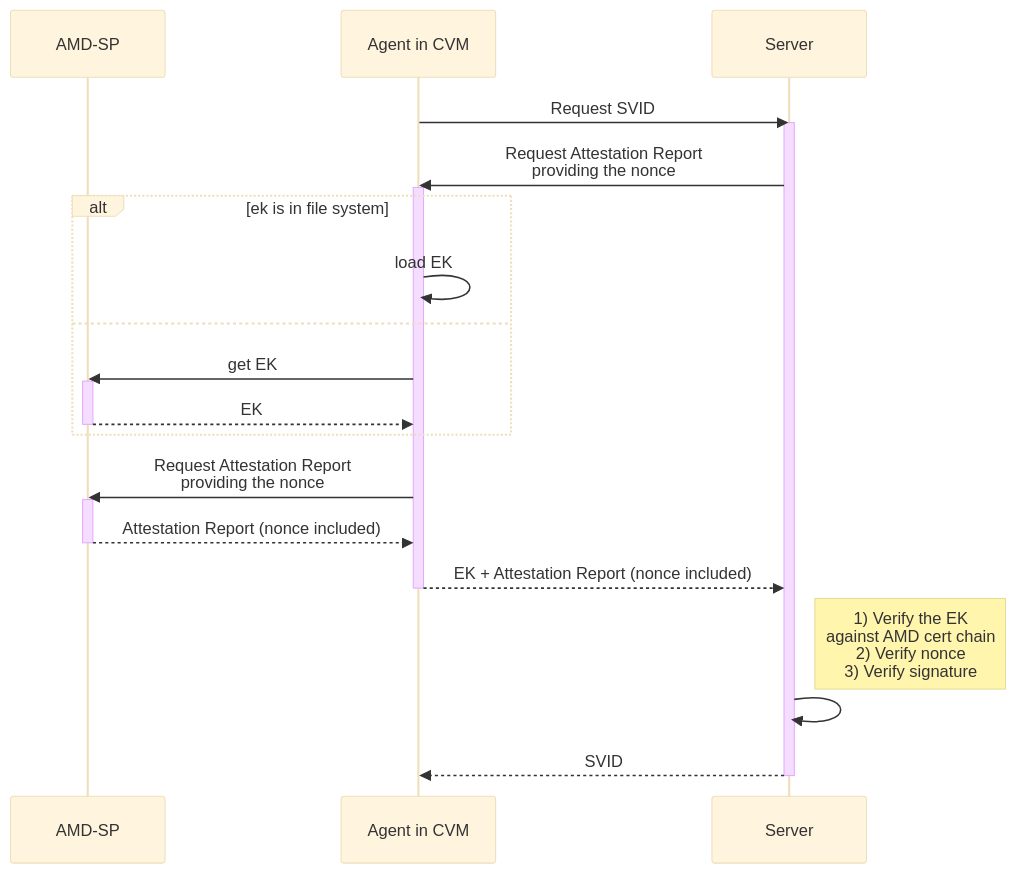
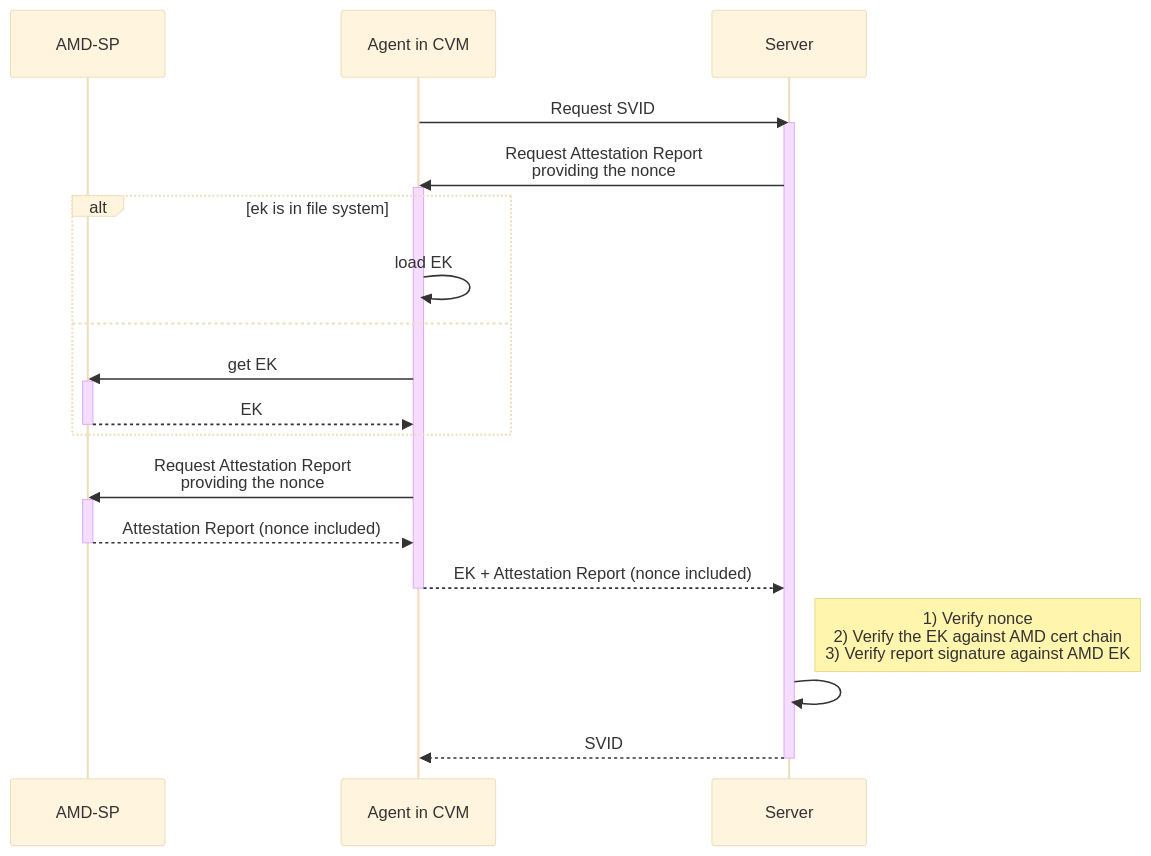
Before and after one commit to ufcg-lsd/spire-amd-sev-snp-node-attestor: the first of 3 diagrams in docs/attestation.md, drawn with Mermaid (base theme). The commit also changed other lines of this file and 28 other files, not shown here.

````diff
--- a/docs/attestation.md
+++ b/docs/attestation.md
@@ -25,28 +25,28 @@
 ```mermaid
 sequenceDiagram
     participant AMDSP as AMD-SP
     participant Agent as Agent in CVM
     participant Server as Server
     Agent->>Server: Request SVID
     activate Server
     Server->>Agent: Request Attestation Report<br/> providing the nonce
     activate Agent
     alt ek is in file system        
         Agent->>Agent: load EK
     else
         Agent->>AMDSP: get EK
         activate AMDSP        
         AMDSP-->>Agent: EK
         deactivate AMDSP
     end
     Agent->>AMDSP: Request Attestation Report<br/>providing the nonce
     activate AMDSP
     AMDSP-->>Agent: Attestation Report (nonce included)
     deactivate AMDSP
     Agent-->>Server: EK + Attestation Report (nonce included)
     deactivate Agent
-    Note right of Server: 1) Verify the EK<br/>against AMD cert chain<br/>2) Verify nonce <br/>3) Verify signature
+    Note right of Server: 1) Verify nonce <br/> 2) Verify the EK against AMD cert chain <br/> 3) Verify report signature against AMD EK
     Server->>Server: 
     Server-->>Agent: SVID
     deactivate Server
 ```
````
